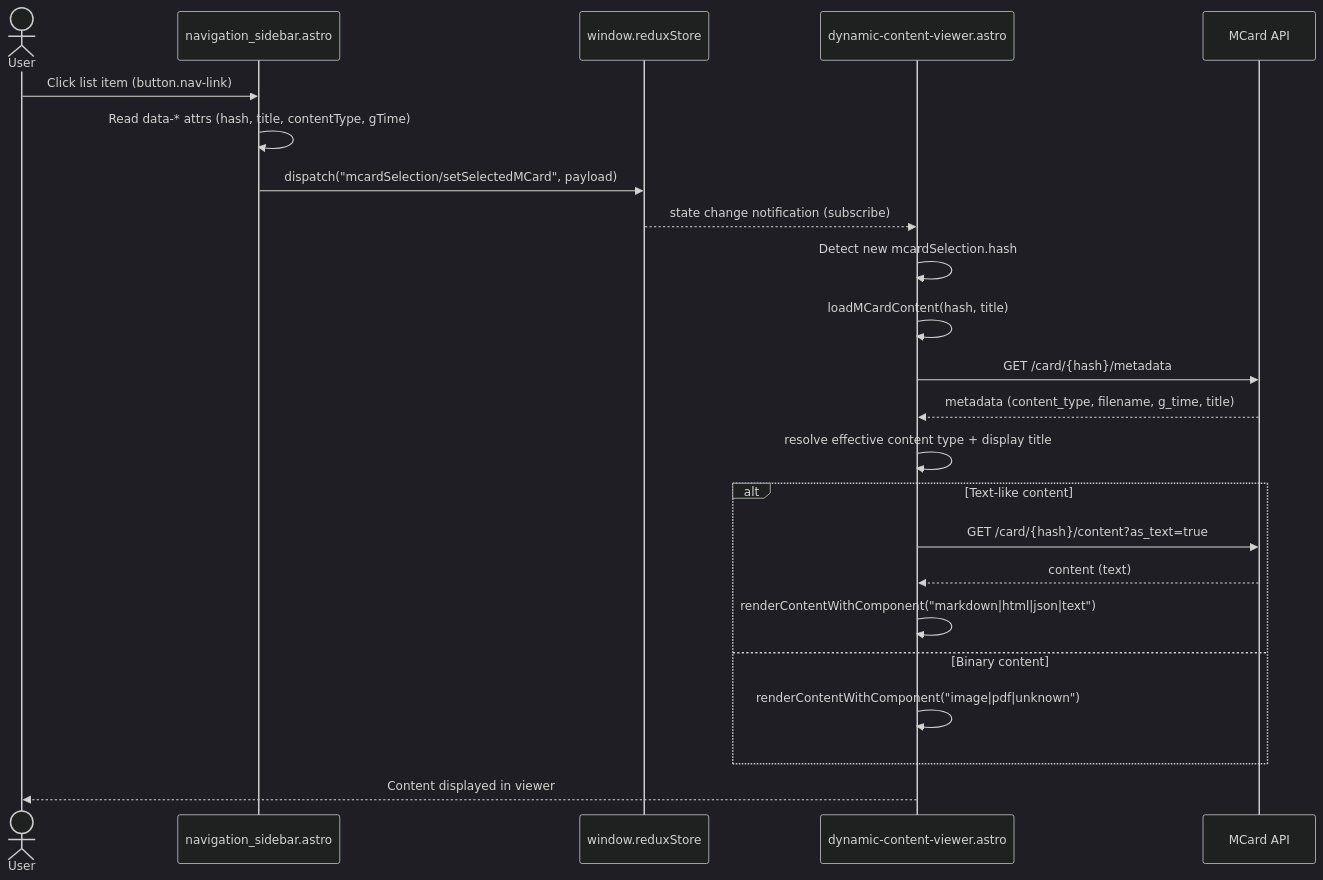
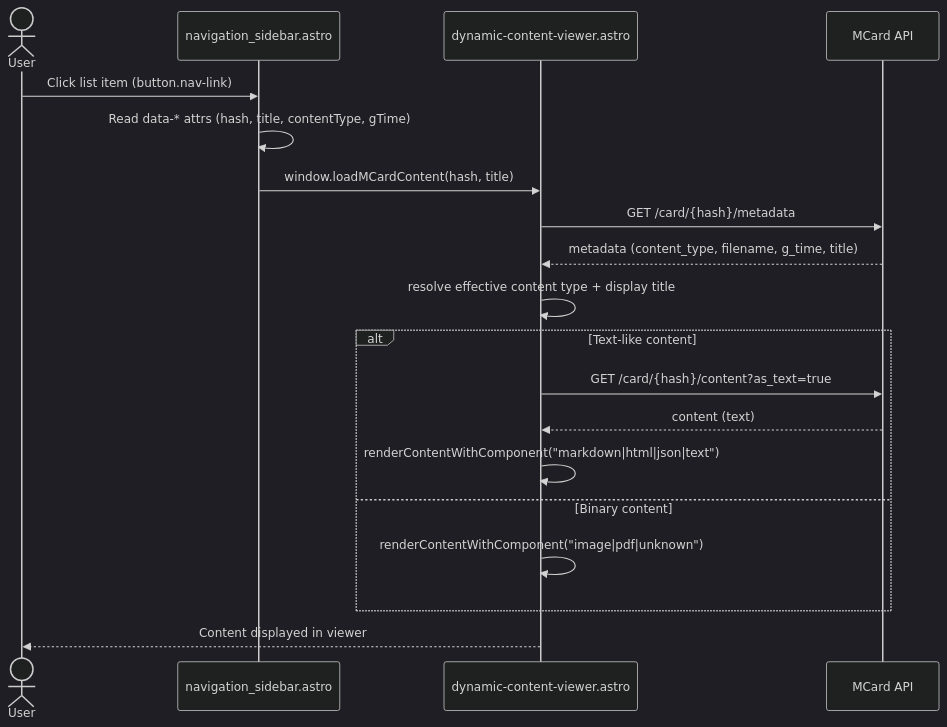
Before and after one commit to githubhenrykoo/PKC: the diagram in Docs/frontend/selection-flow.md, drawn with Mermaid (dark theme). The commit also changed other lines of this file and 9 other files, not shown here.

````diff
--- a/Docs/frontend/selection-flow.md
+++ b/Docs/frontend/selection-flow.md
@@ -64,26 +58,22 @@
 ```mermaid
 sequenceDiagram
   actor U as User
   participant NS as navigation_sidebar.astro
-  participant RS as window.reduxStore
   participant CV as dynamic-content-viewer.astro
   participant API as MCard API
 
   U->>NS: Click list item (button.nav-link)
   NS->>NS: Read data-* attrs (hash, title, contentType, gTime)
-  NS->>RS: dispatch("mcardSelection/setSelectedMCard", payload)
-  RS-->>CV: state change notification (subscribe)
-  CV->>CV: Detect new mcardSelection.hash
-  CV->>CV: loadMCardContent(hash, title)
+  NS->>CV: window.loadMCardContent(hash, title)
   CV->>API: GET /card/{hash}/metadata
   API-->>CV: metadata (content_type, filename, g_time, title)
   CV->>CV: resolve effective content type + display title
   alt Text-like content
     CV->>API: GET /card/{hash}/content?as_text=true
     API-->>CV: content (text)
     CV->>CV: renderContentWithComponent("markdown|html|json|text")
   else Binary content
     CV->>CV: renderContentWithComponent("image|pdf|unknown")
   end
   CV-->>U: Content displayed in viewer
 ```
````
